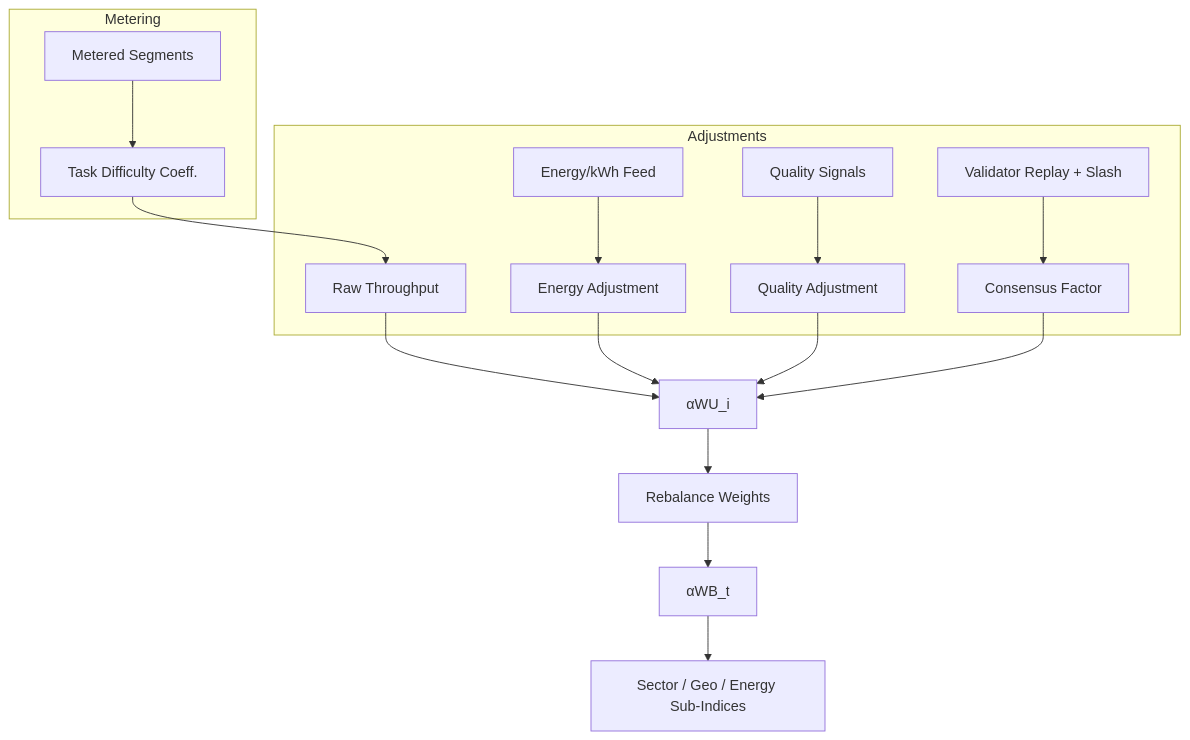
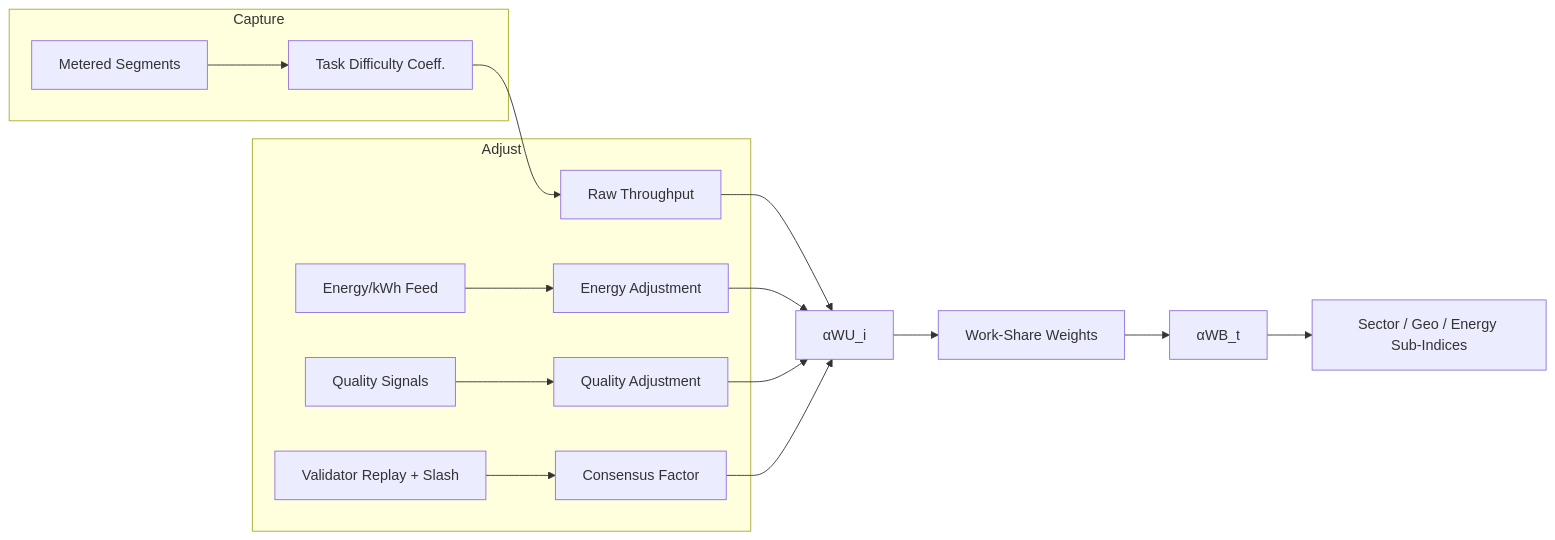
Before and after one commit to MontrealAI/AGI-Alpha-Node-v0: the third of 5 diagrams in README.md, drawn with Mermaid. The commit also changed other lines of this file, not shown here.

````diff
--- a/README.md
+++ b/README.md
@@ -109,19 +108,19 @@
 ```mermaid
-flowchart TD
-  subgraph Metering
-    Segments[Metered Segments] --> TDC[Task Difficulty Coeff.]
+graph LR
+  subgraph Capture
+    S[Metered Segments] --> TDC[Task Difficulty Coeff.]
   end
-  subgraph Adjustments
+  subgraph Adjust
     TDC --> Raw[Raw Throughput]
     Energy[Energy/kWh Feed] --> EA[Energy Adjustment]
     QAfeed[Quality Signals] --> QA[Quality Adjustment]
     VCfeed[Validator Replay + Slash] --> VC[Consensus Factor]
   end
   Raw --> Yield[αWU_i]
   EA --> Yield
   QA --> Yield
   VC --> Yield
-  Yield --> Weights[Rebalance Weights]
+  Yield --> Weights[Work-Share Weights]
   Weights --> Index[αWB_t]
-  Index --> SubIdx[Sector / Geo / Energy Sub‑Indices]
+  Index --> Sectors[Sector / Geo / Energy Sub‑Indices]
 ```
````
